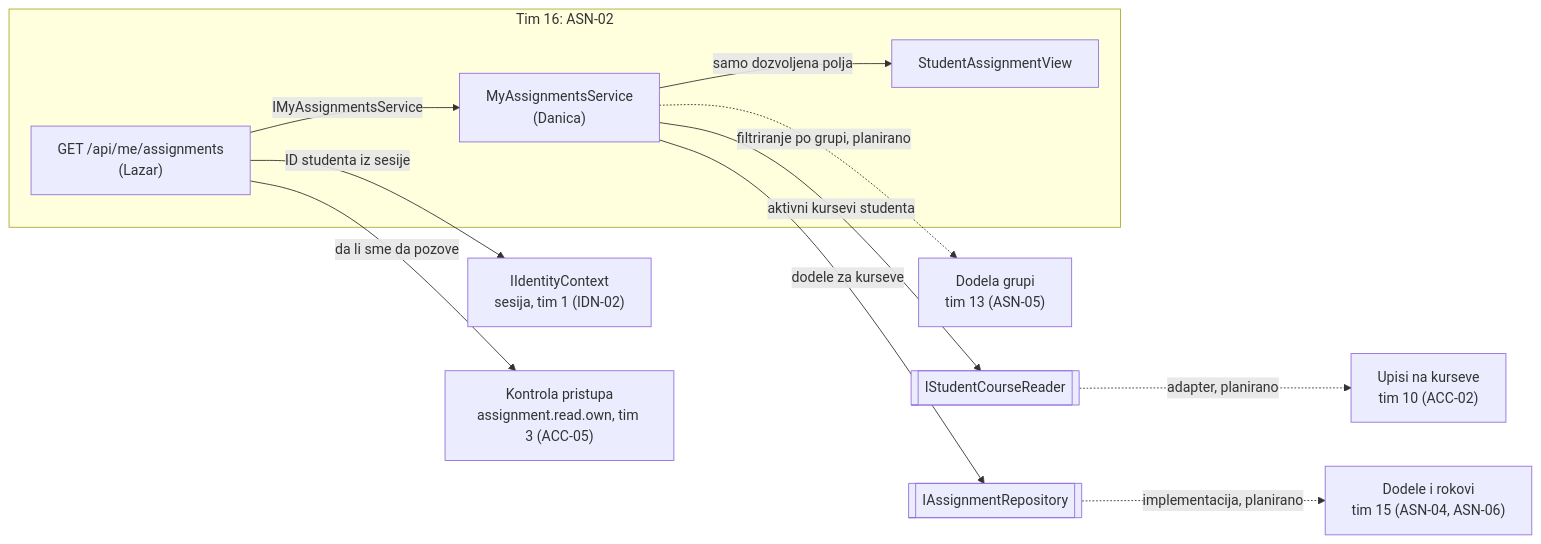
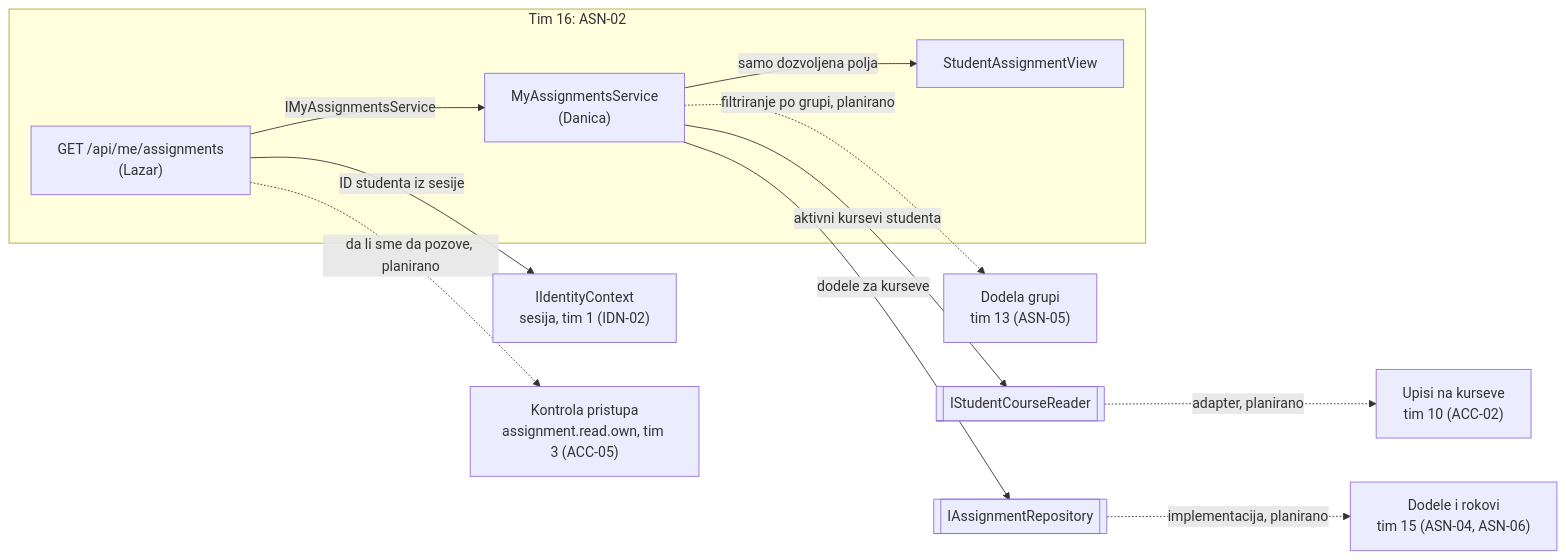
Before and after one commit to djufa762x39/security-lab: the first of 2 diagrams in docs/components/ASN-02-filtering.md, drawn with Mermaid. The commit also changed other lines of this file and 7 other files, not shown here.

````diff
--- a/docs/components/ASN-02-filtering.md
+++ b/docs/components/ASN-02-filtering.md
@@ -20,26 +20,26 @@
 ```mermaid
 flowchart LR
   subgraph T16["Tim 16: ASN-02"]
     API["GET /api/me/assignments<br/>(Lazar)"]
     SVC["MyAssignmentsService<br/>(Danica)"]
     VIEW["StudentAssignmentView"]
   end
 
   ID["IIdentityContext<br/>sesija, tim 1 (IDN-02)"]
   ACC["Kontrola pristupa<br/>assignment.read.own, tim 3 (ACC-05)"]
   READER[["IStudentCourseReader"]]
   MEM["Upisi na kurseve<br/>tim 10 (ACC-02)"]
   REPO[["IAssignmentRepository"]]
   ASN["Dodele i rokovi<br/>tim 15 (ASN-04, ASN-06)"]
   GRP["Dodela grupi<br/>tim 13 (ASN-05)"]
 
   API -->|ID studenta iz sesije| ID
-  API -->|da li sme da pozove| ACC
+  API -. da li sme da pozove, planirano .-> ACC
   API -->|IMyAssignmentsService| SVC
   SVC -->|aktivni kursevi studenta| READER
   READER -. adapter, planirano .-> MEM
   SVC -->|dodele za kurseve| REPO
   REPO -. implementacija, planirano .-> ASN
   SVC -. filtriranje po grupi, planirano .-> GRP
   SVC -->|samo dozvoljena polja| VIEW
 ```
````
